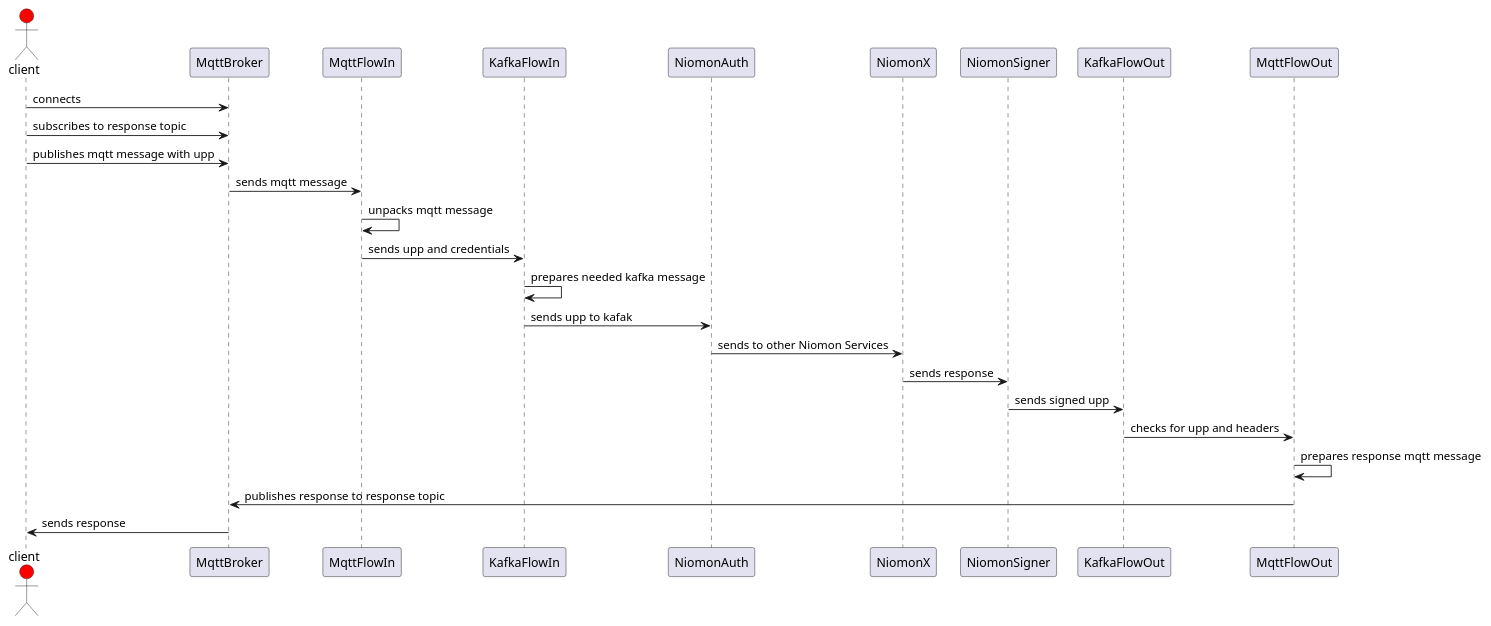
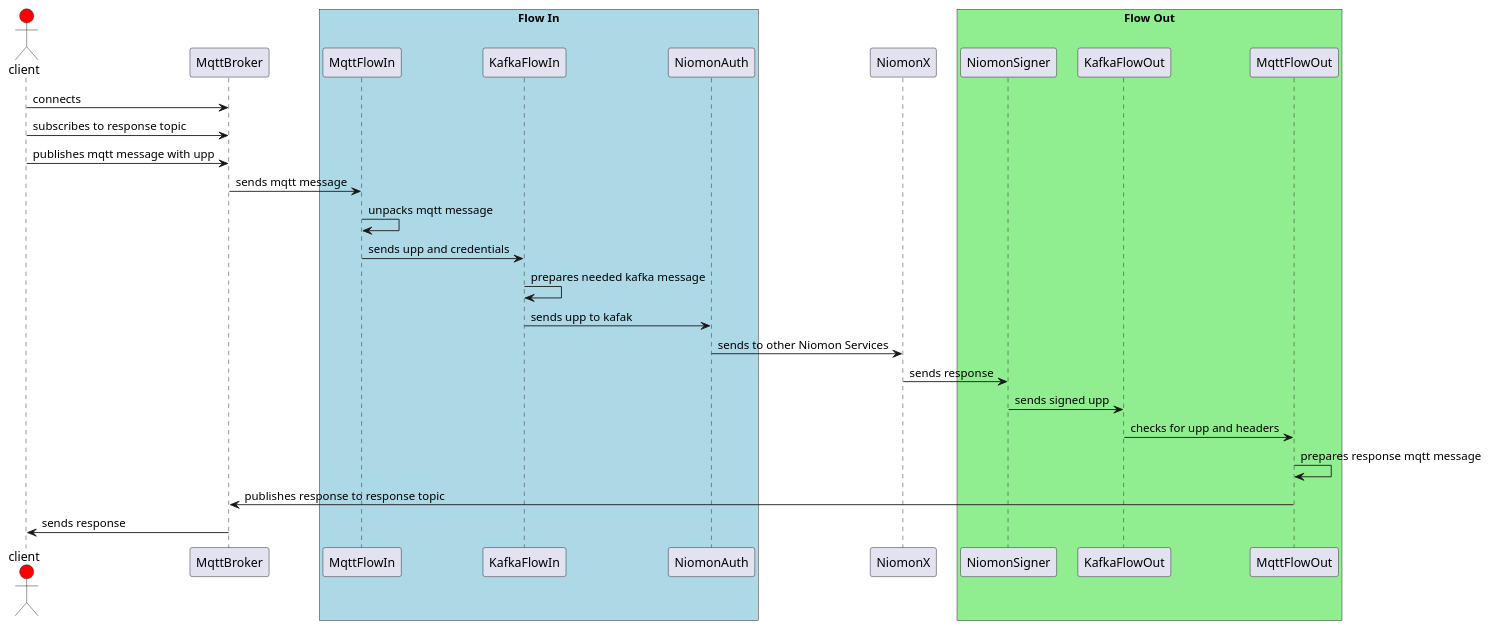
The diagram in components.puml (ubirch/niomon-mqtt), drawn with PlantUML before and after one commit. The commit also changed 1 other file, not shown here.

```diff
--- a/components.puml
+++ b/components.puml
@@ -1,19 +1,28 @@
 @startuml
 
 actor client #red
 client->MqttBroker: connects
 client->MqttBroker: subscribes to response topic
 client->MqttBroker: publishes mqtt message with upp
+
+box "Flow In" #LightBlue
 MqttBroker -> MqttFlowIn: sends mqtt message
 MqttFlowIn->MqttFlowIn : unpacks mqtt message
 MqttFlowIn->KafkaFlowIn: sends upp and credentials
 KafkaFlowIn->KafkaFlowIn: prepares needed kafka message
 KafkaFlowIn->NiomonAuth: sends upp to kafak
+end box
+
 NiomonAuth->NiomonX: sends to other Niomon Services
+
+
+box "Flow Out" #LightGreen
 NiomonX->NiomonSigner: sends response
 NiomonSigner->KafkaFlowOut: sends signed upp
 KafkaFlowOut->MqttFlowOut: checks for upp and headers
 MqttFlowOut->MqttFlowOut: prepares response mqtt message
 MqttFlowOut->MqttBroker: publishes response to response topic
 MqttBroker->client: sends response
+end box
+
 @enduml
```
